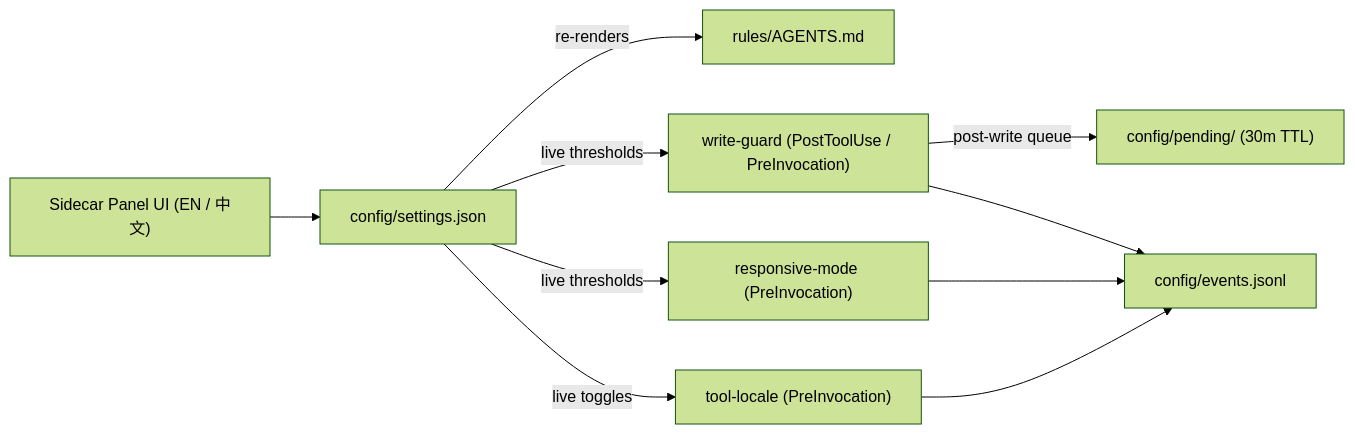
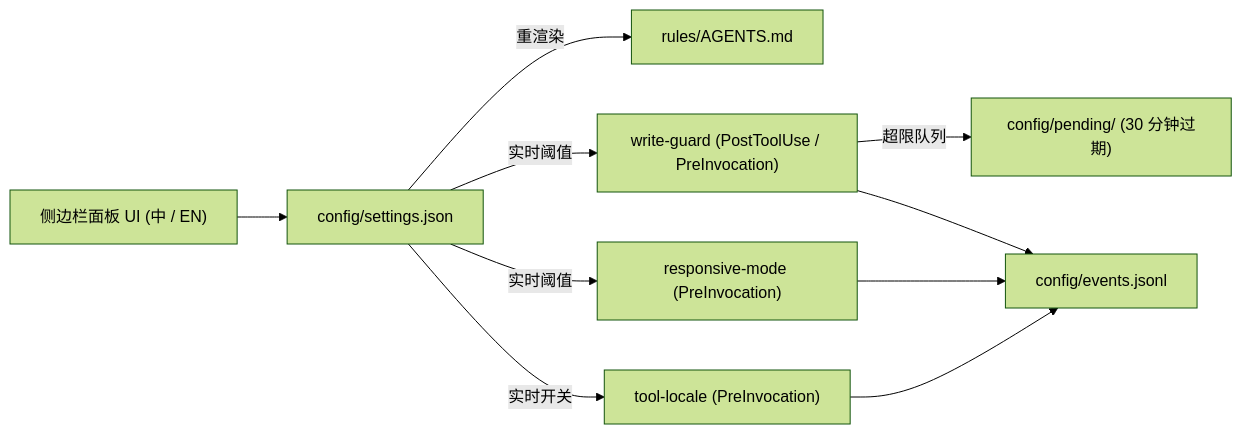
One commit to Lynn-zy/antigravity-chunked-write-guard changed the diagram in README.md. Above: the diagram before and after it, drawn with Mermaid (forest theme). The commit also changed other lines of this file and 1 other file, not shown here.

````diff
--- a/README.md
+++ b/README.md
@@ -165,12 +165,12 @@
 ```mermaid
 flowchart LR
-  UI["Sidecar Panel UI (EN / 中文)"] --> CFG["config/settings.json"]
-  CFG -->|"re-renders"| RULES["rules/AGENTS.md"]
-  CFG -->|"live thresholds"| WG["write-guard (PostToolUse / PreInvocation)"]
-  CFG -->|"live thresholds"| RM["responsive-mode (PreInvocation)"]
-  CFG -->|"live toggles"| TL["tool-locale (PreInvocation)"]
-  WG -->|"post-write queue"| PEND["config/pending/ (30m TTL)"]
+  UI["侧边栏面板 UI (中 / EN)"] --> CFG["config/settings.json"]
+  CFG -->|"重渲染"| RULES["rules/AGENTS.md"]
+  CFG -->|"实时阈值"| WG["write-guard (PostToolUse / PreInvocation)"]
+  CFG -->|"实时阈值"| RM["responsive-mode (PreInvocation)"]
+  CFG -->|"实时开关"| TL["tool-locale (PreInvocation)"]
+  WG -->|"超限队列"| PEND["config/pending/ (30 分钟过期)"]
   WG --> LOG["config/events.jsonl"]
   RM --> LOG
   TL --> LOG
 ```
````
